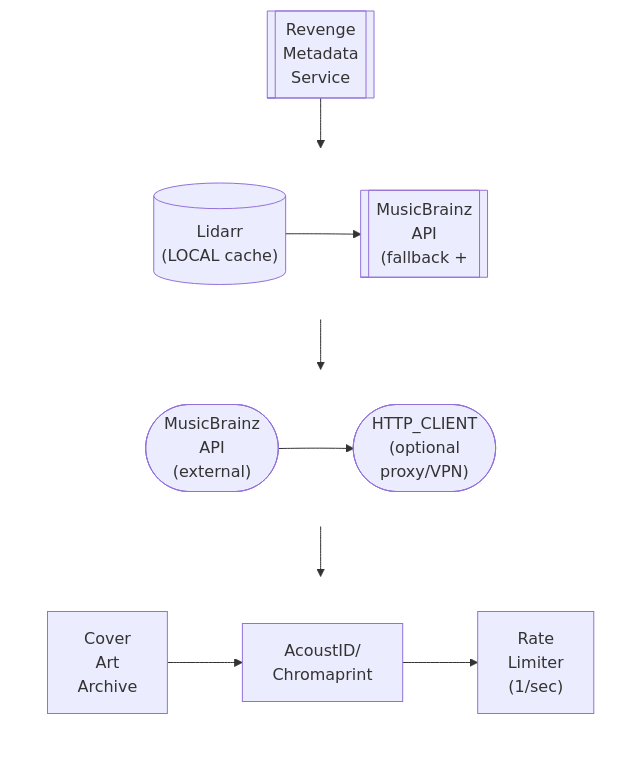
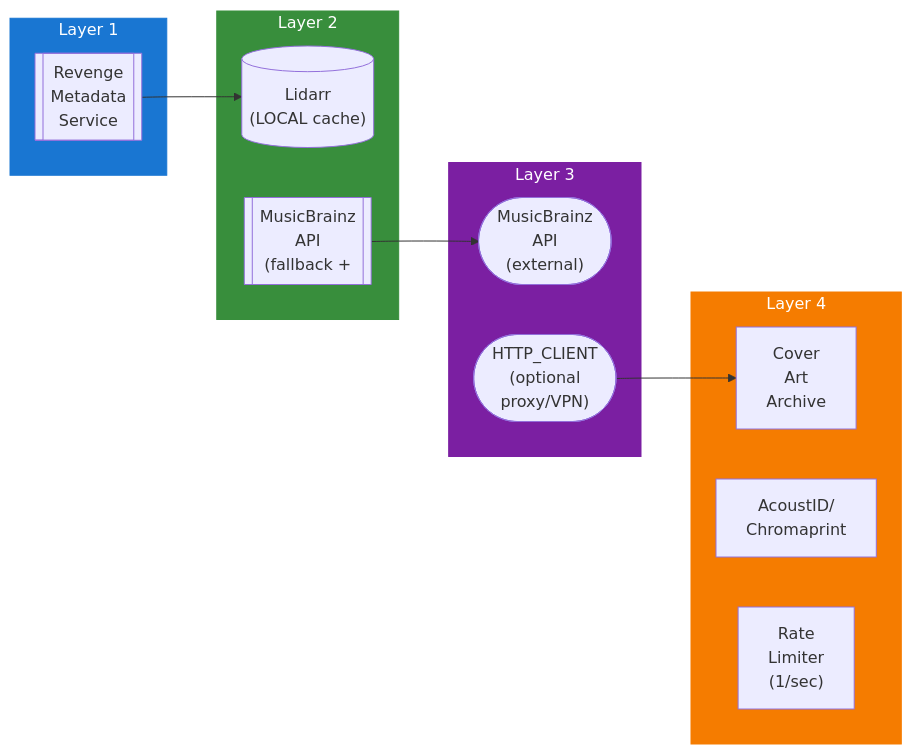
One commit to lusoris/revenge changed the diagram in docs/dev/design/integrations/metadata/music/MUSICBRAINZ.md. Above: the diagram before and after it, drawn with Mermaid. The commit also changed 215 other files, not shown here.

First line of the commit message:
feat(diagrams): convert all ASCII diagrams to Mermaid with LR subgraphs

````diff
--- a/docs/dev/design/integrations/metadata/music/MUSICBRAINZ.md
+++ b/docs/dev/design/integrations/metadata/music/MUSICBRAINZ.md
@@ -61,32 +61,33 @@
 ```mermaid
-flowchart TD
-    node1[["Revenge<br/>Metadata<br/>Service"]]
-    subgraph row1[ ]
-        direction LR
+flowchart LR
+    subgraph Layer1["Layer 1"]
+        node1[["Revenge<br/>Metadata<br/>Service"]]
+    end
+
+    subgraph Layer2["Layer 2"]
         node2[("Lidarr<br/>(LOCAL cache)")]
         node3[["MusicBrainz<br/>API<br/>(fallback +"]]
     end
-    subgraph row2[ ]
-        direction LR
+
+    subgraph Layer3["Layer 3"]
         node4(["MusicBrainz<br/>API<br/>(external)"])
         node5(["HTTP_CLIENT<br/>(optional<br/>proxy/VPN)"])
     end
-    subgraph row3[ ]
-        direction LR
+
+    subgraph Layer4["Layer 4"]
         node6["Cover<br/>Art<br/>Archive"]
         node7["AcoustID/<br/>Chromaprint"]
         node8["Rate<br/>Limiter<br/>(1/sec)"]
     end
-    node2 --> node3
-    node4 --> node5
-    node6 --> node7
-    node7 --> node8
+
+    %% Connections
     node1 --> node2
     node3 --> node4
     node5 --> node6
 
-    %% Hide row subgraph borders
-    style row1 fill:transparent,stroke:transparent
-    style row2 fill:transparent,stroke:transparent
-    style row3 fill:transparent,stroke:transparent
+    %% Styling
+    style Layer1 fill:#1976D2,stroke:#1976D2,color:#fff
+    style Layer2 fill:#388E3C,stroke:#388E3C,color:#fff
+    style Layer3 fill:#7B1FA2,stroke:#7B1FA2,color:#fff
+    style Layer4 fill:#F57C00,stroke:#F57C00,color:#fff
 ```
````
